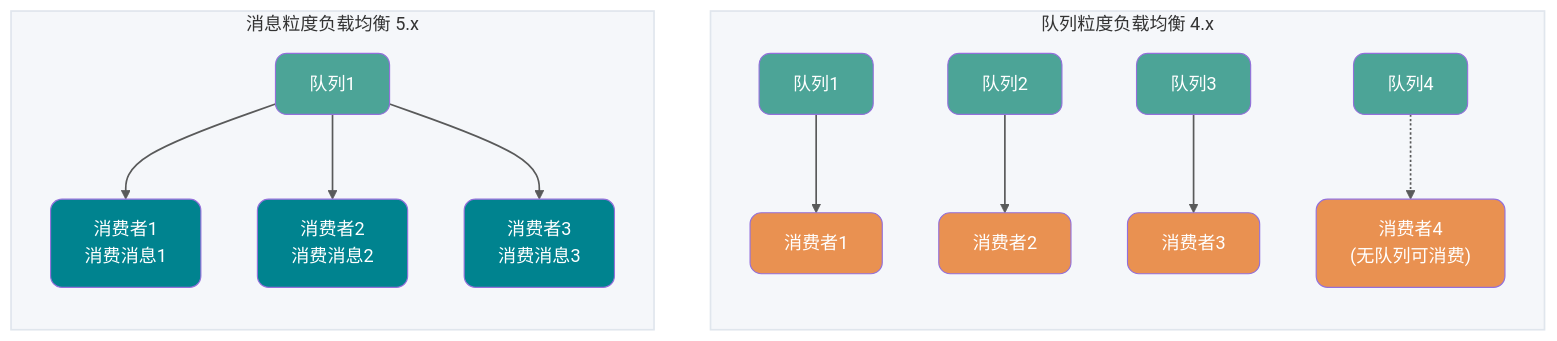
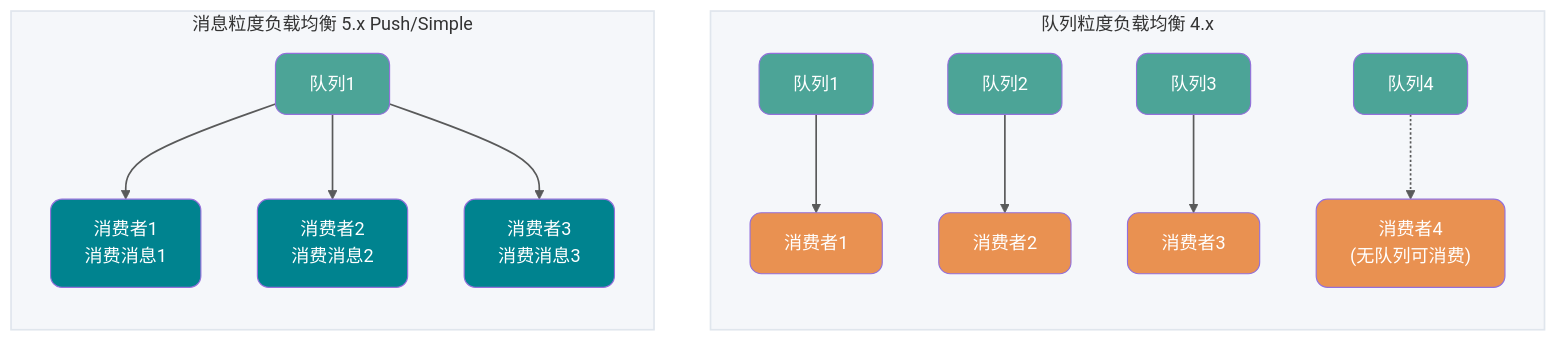
Before and after one commit to Snailclimb/JavaGuide: the fourth of 13 diagrams in docs/high-performance/message-queue/rocketmq-questions.md, drawn with Mermaid. The commit also changed other lines of this file and 8 other files, not shown here.

````diff
--- a/docs/high-performance/message-queue/rocketmq-questions.md
+++ b/docs/high-performance/message-queue/rocketmq-questions.md
@@ -275,29 +275,29 @@
 ```mermaid
 flowchart TB
     subgraph Queue["队列粒度负载均衡 4.x"]
         style Queue fill:#F5F7FA,stroke:#E0E6ED,stroke-width:1.5px
         direction TB
         Q1["队列1"] --> C1["消费者1"]
         Q2["队列2"] --> C2["消费者2"]
         Q3["队列3"] --> C3["消费者3"]
         Q4["队列4"] -.-> C4["消费者4<br/>(无队列可消费)"]
     end
 
-    subgraph Message["消息粒度负载均衡 5.x"]
+    subgraph Message["消息粒度负载均衡 5.x Push/Simple"]
         style Message fill:#F5F7FA,stroke:#E0E6ED,stroke-width:1.5px
         direction TB
         MQ1["队列1"] --> MC1["消费者1<br/>消费消息1"]
         MQ1 --> MC2["消费者2<br/>消费消息2"]
         MQ1 --> MC3["消费者3<br/>消费消息3"]
     end
 
     classDef queue fill:#4CA497,color:#fff,rx:10,ry:10
     classDef consumer4x fill:#E99151,color:#fff,rx:10,ry:10
     classDef consumer5x fill:#00838F,color:#fff,rx:10,ry:10
 
     class Q1,Q2,Q3,Q4,MQ1 queue
     class C1,C2,C3,C4 consumer4x
     class MC1,MC2,MC3 consumer5x
 
     linkStyle default stroke-width:1.5px,opacity:0.8
 ```
````
